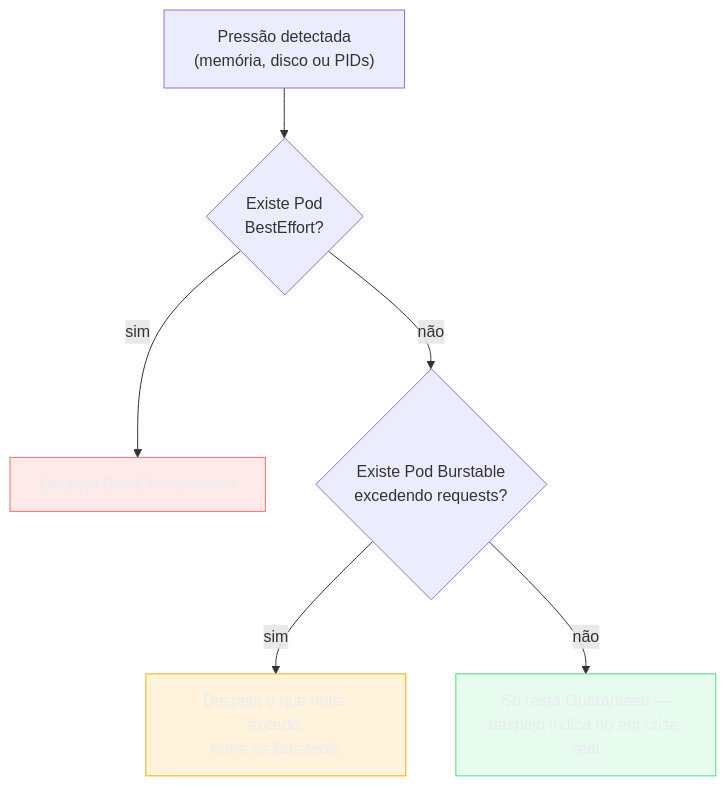
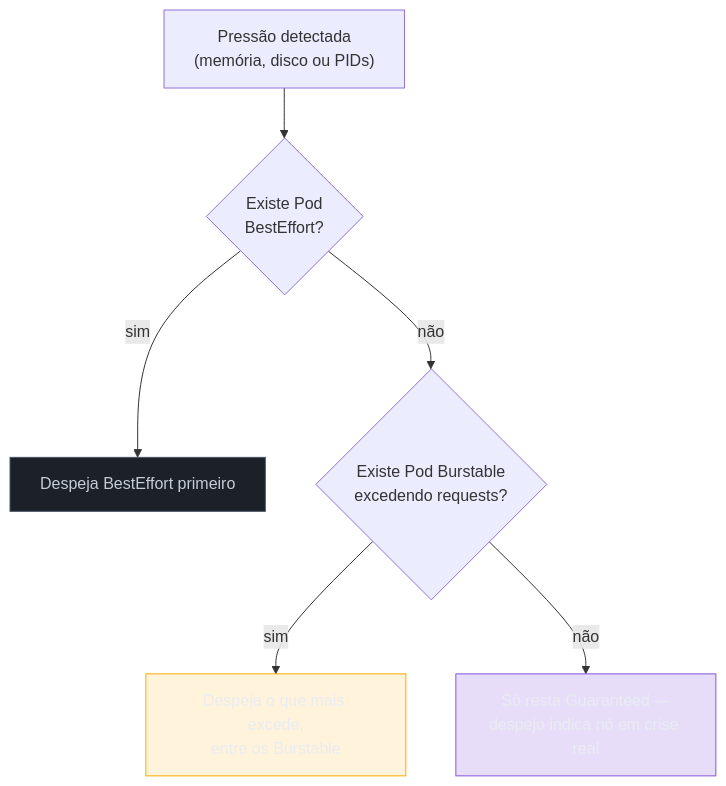
One commit to josenaldo/codex-technomanticus changed the sixth of 6 diagrams in 03-Dominios/Tecnologia/Infraestrutura/Kubernetes/17 - O kubelet e o nó.md. Above: the diagram before and after it, drawn with Mermaid. The commit also changed other lines of this file and 601 other files, not shown here.

````diff
--- a/03-Dominios/Tecnologia/Infraestrutura/Kubernetes/17 - O kubelet e o nó.md
+++ b/03-Dominios/Tecnologia/Infraestrutura/Kubernetes/17 - O kubelet e o nó.md
@@ -309,15 +308,15 @@
 ```mermaid
 graph TB
-    classDef falha fill:#FF6B6B24,stroke:#FF6B6B,color:#E9ECF2
+    classDef marca fill:#8855DF33,stroke:#8855DF,color:#E9ECF2
+    classDef neutro fill:#1B2029,stroke:#4E5666,color:#C6CCD8
     classDef destaque fill:#FFAA0024,stroke:#FFAA00,color:#E9ECF2
-    classDef ok fill:#4ADE8021,stroke:#4ADE80,color:#E9ECF2
     P["Pressão detectada<br/>(memória, disco ou PIDs)"] --> Q1{"Existe Pod<br/>BestEffort?"}
     Q1 -->|"sim"| E1["Despeja BestEffort primeiro"]
     Q1 -->|"não"| Q2{"Existe Pod Burstable<br/>excedendo requests?"}
     Q2 -->|"sim"| E2["Despeja o que mais excede,<br/>entre os Burstable"]
     Q2 -->|"não"| Q3["Só resta Guaranteed —<br/>despejo indica nó em crise real"]
 
-    class E1 falha
+    class E1 neutro
     class E2 destaque
-    class Q3 ok
+    class Q3 marca
 ```
````
